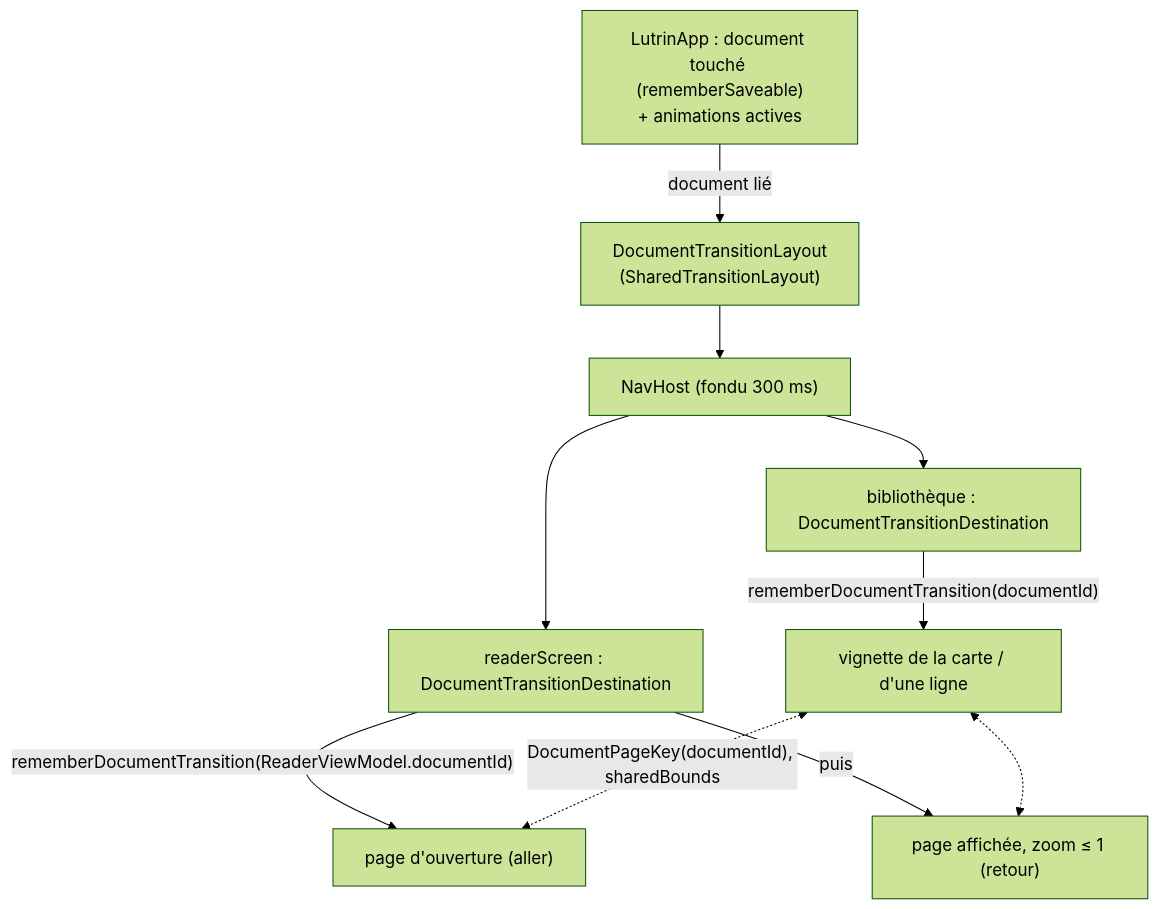
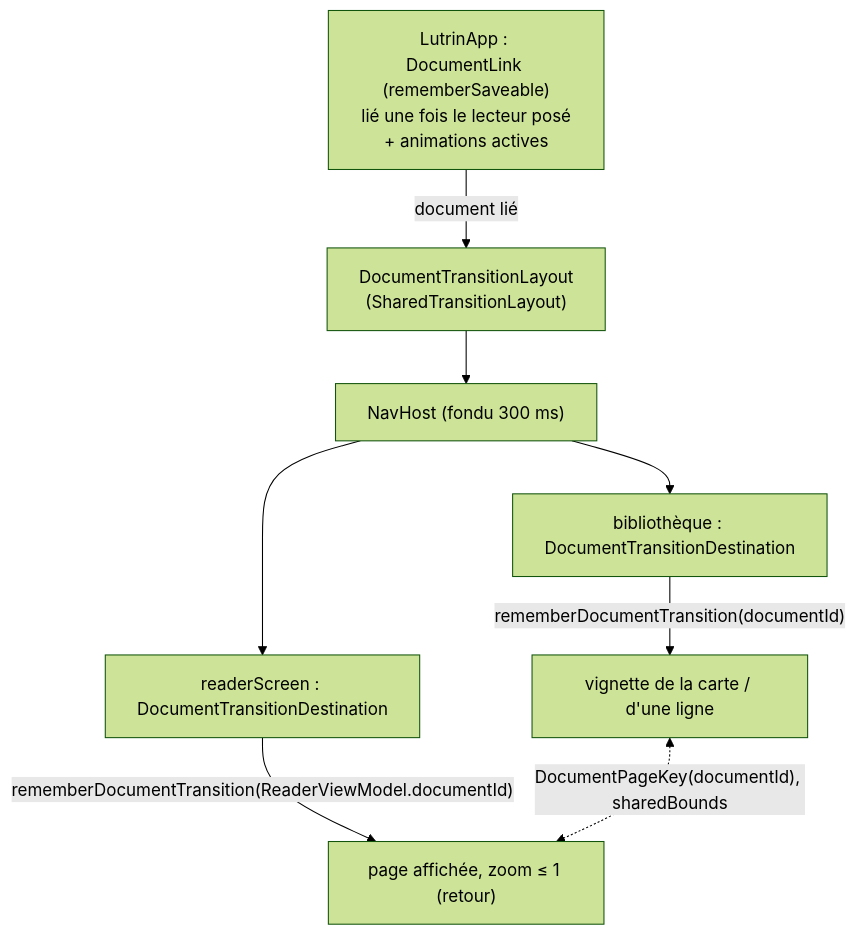
Before and after one commit to myxomatom/LutrinPDF: the fourth of 8 diagrams in docs/architecture.md, drawn with Mermaid (forest theme). The commit also changed other lines of this file and 15 other files, not shown here.

First line of the commit message:
feat(app): fade into the reader, keep only the return to the thumbnail

````diff
--- a/docs/architecture.md
+++ b/docs/architecture.md
@@ -121,12 +121,10 @@
 ```mermaid
 flowchart TD
-    app["LutrinApp : document touché (rememberSaveable)<br/>+ animations actives"] -->|"document lié"| layout["DocumentTransitionLayout<br/>(SharedTransitionLayout)"]
+    app["LutrinApp : DocumentLink (rememberSaveable)<br/>lié une fois le lecteur posé<br/>+ animations actives"] -->|"document lié"| layout["DocumentTransitionLayout<br/>(SharedTransitionLayout)"]
     layout --> nav["NavHost (fondu 300 ms)"]
     nav --> lib["bibliothèque : DocumentTransitionDestination"]
     nav --> rd["readerScreen : DocumentTransitionDestination"]
     lib -->|"rememberDocumentTransition(documentId)"| thumb["vignette de la carte / d'une ligne"]
-    rd -->|"rememberDocumentTransition(ReaderViewModel.documentId)"| open["page d'ouverture (aller)"]
-    rd -->|"puis"| page["page affichée, zoom ≤ 1 (retour)"]
-    thumb <-.->|"DocumentPageKey(documentId), sharedBounds"| open
-    thumb <-.-> page
+    rd -->|"rememberDocumentTransition(ReaderViewModel.documentId)"| page["page affichée, zoom ≤ 1 (retour)"]
+    thumb <-.->|"DocumentPageKey(documentId), sharedBounds"| page
 ```
````
